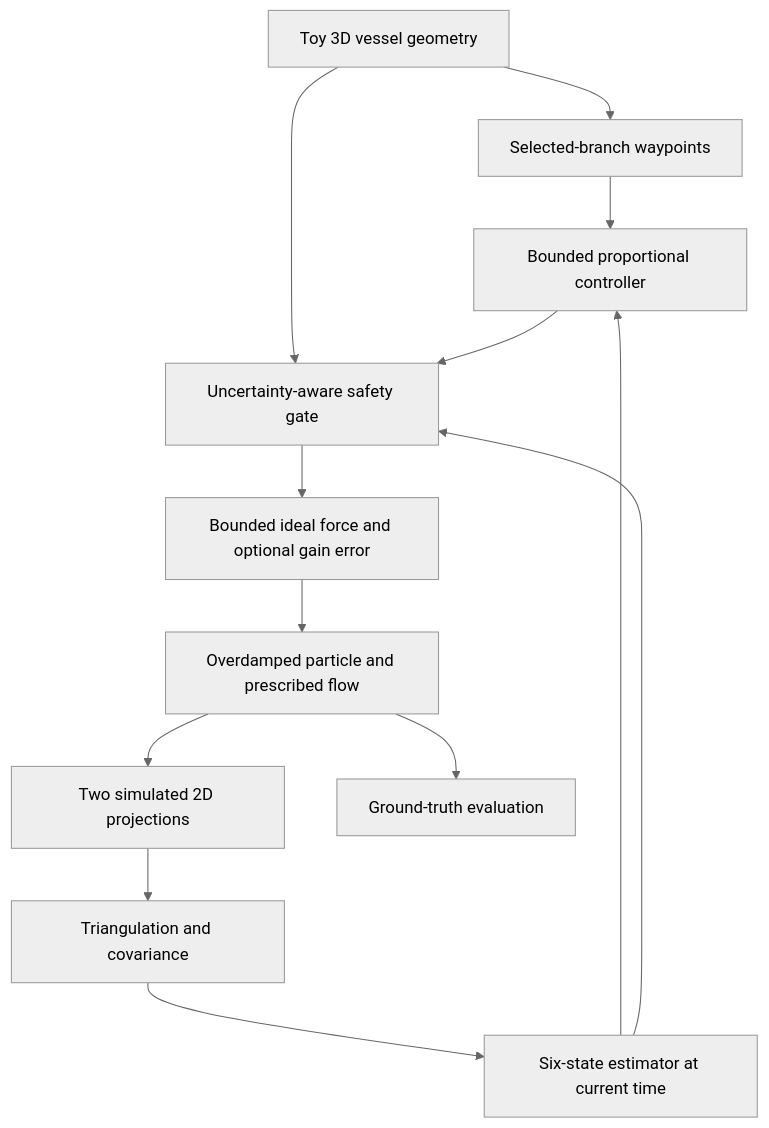
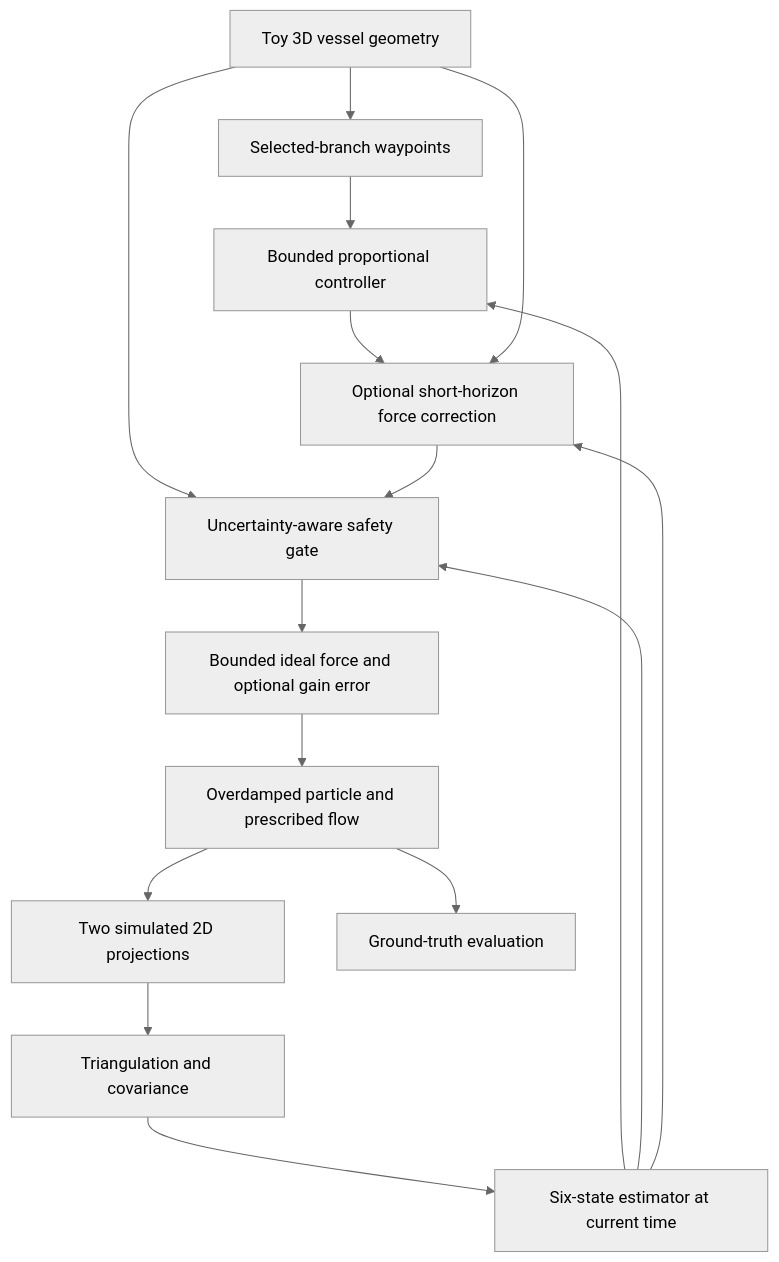
The diagram in README.md (kuchris/safe-magnetic-microrobot-navigation), drawn with Mermaid (neutral theme) before and after one commit. The commit also changed other lines of this file and 17 other files, not shown here.

Commit message:
Add optional short-horizon force correction and paired evaluation

````diff
--- a/README.md
+++ b/README.md
@@ -27,15 +27,18 @@
 ```mermaid
 flowchart TD
     G["Toy 3D vessel geometry"] --> P["Selected-branch waypoints"]
     G --> S["Uncertainty-aware safety gate"]
     P --> C["Bounded proportional controller"]
     I["Two simulated 2D projections"] --> L["Triangulation and covariance"]
     L --> E["Six-state estimator at current time"]
     E --> C
     E --> S
-    C --> S
+    C --> H["Optional short-horizon force correction"]
+    E --> H
+    G --> H
+    H --> S
     S --> A["Bounded ideal force and optional gain error"]
     A --> D["Overdamped particle and prescribed flow"]
     D --> I
     D --> M["Ground-truth evaluation"]
 ```
````
